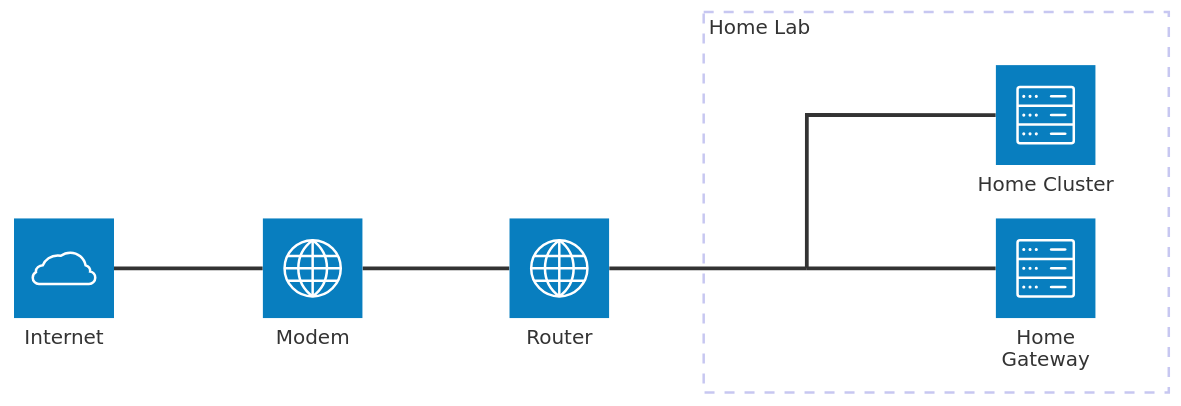
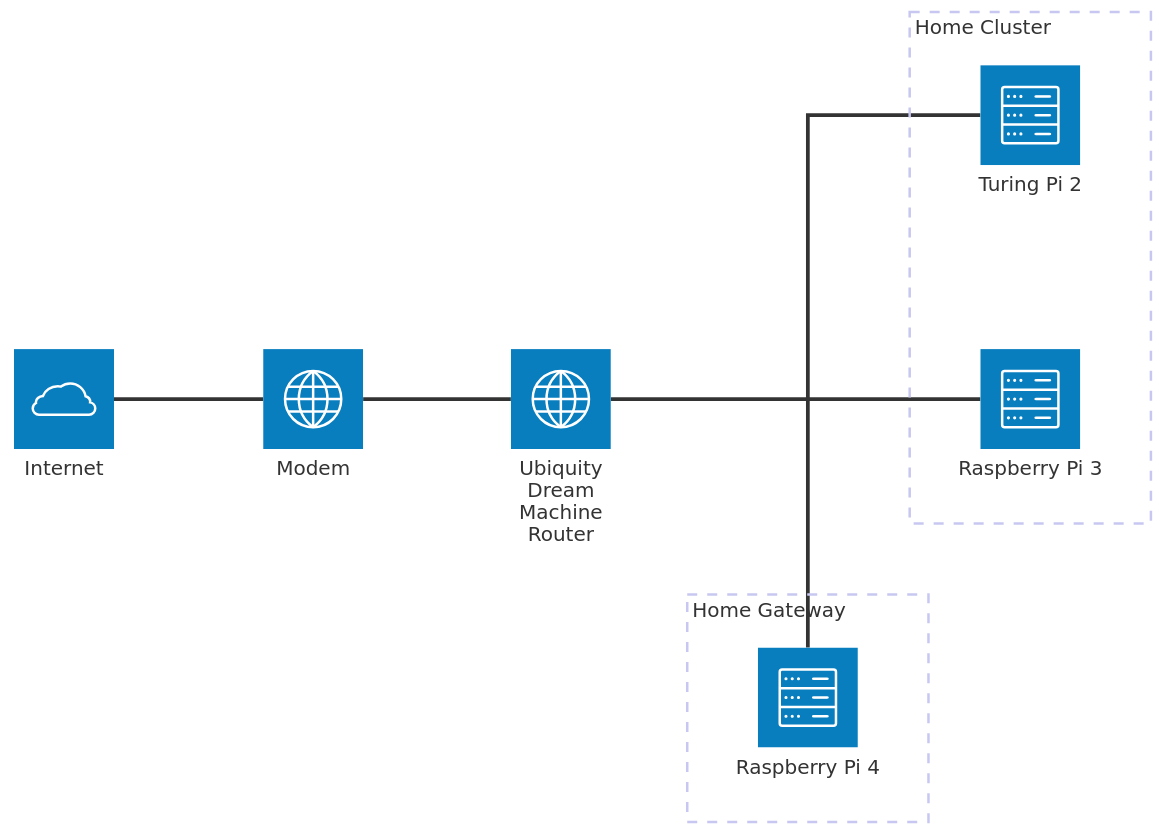
Before and after one commit to ncasaux/home-lab: the diagram in README.md, drawn with Mermaid. The commit also changed other lines of this file, not shown here.

````diff
--- a/README.md
+++ b/README.md
@@ -1,18 +11,21 @@
 ```mermaid
 architecture-beta
-    group homelab[Home Lab]
+    group homecluster[Home Cluster]
+    group homegateway[Home Gateway]
 
-    service internet(cloud)[Internet]
+    service internet(cloud)[Internet] 
     service modem(internet)[Modem]
-    service router(internet)[Router]
-    service homegateway(server)[Home Gateway] in homelab
-    service homecluster(server)[Home Cluster] in homelab
+    service udm(internet)[Ubiquity Dream Machine Router]
+    service rpi4(server)[Raspberry Pi 4] in homegateway
+    service tpi2(server)[Turing Pi 2] in homecluster
+    service rpi3(server)[Raspberry Pi 3] in homecluster
 
-    junction junctionCenter in homelab
+    junction junctionCenter
 
     internet:R -- L:modem
-    modem:R -- L:router
-    router:R -- L:junctionCenter
-    junctionCenter:R -- L:homegateway
-    junctionCenter:T -- L:homecluster
+    modem:R -- L:udm
+    udm:R -- L:junctionCenter
+    junctionCenter:B -- T:rpi4
+    junctionCenter:R -- L:rpi3
+    junctionCenter:T -- L:tpi2
 ```
````
